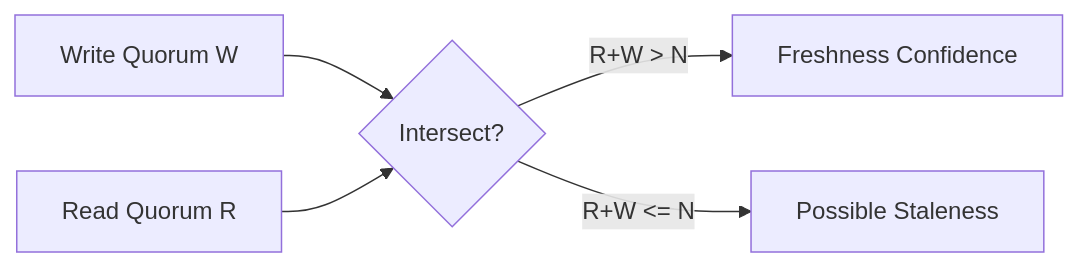
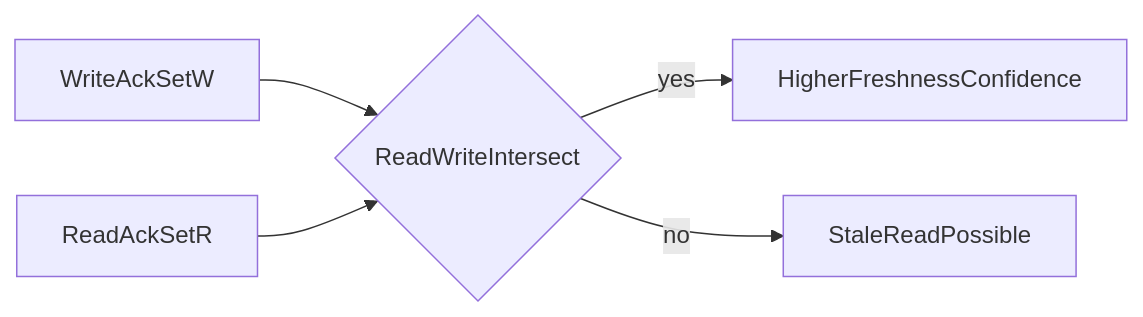
One commit to GabrielAlmeidaFlores/Senior-Software-Architect changed the first of 2 diagrams in database/database-masterclass/01-theory-and-foundations/04-quorum-raft-paxos-internals.md. Above: the diagram before and after it, drawn with Mermaid. The commit also changed other lines of this file and 19 other files, not shown here.

````diff
--- a/database/database-masterclass/01-theory-and-foundations/04-quorum-raft-paxos-internals.md
+++ b/database/database-masterclass/01-theory-and-foundations/04-quorum-raft-paxos-internals.md
@@ -30,7 +29,7 @@
 ```mermaid
 flowchart LR
-    W[Write Quorum W] --> I{Intersect?}
-    R[Read Quorum R] --> I
-    I -- R+W > N --> C[Freshness Confidence]
-    I -- R+W <= N --> S[Possible Staleness]
+    writeSet[WriteAckSetW] --> intersect{ReadWriteIntersect}
+    readSet[ReadAckSetR] --> intersect
+    intersect -- yes --> freshPath[HigherFreshnessConfidence]
+    intersect -- no --> stalePath[StaleReadPossible]
 ```
````
